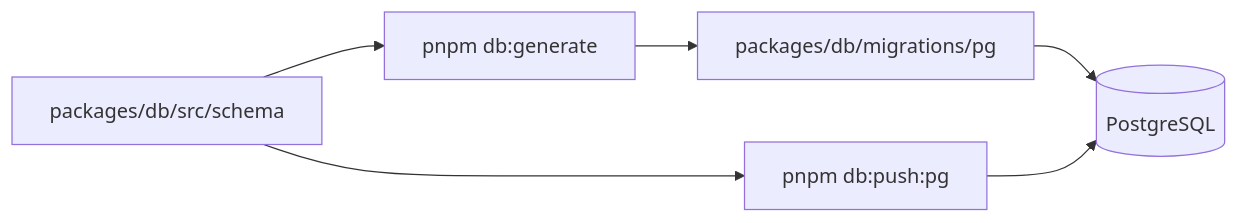
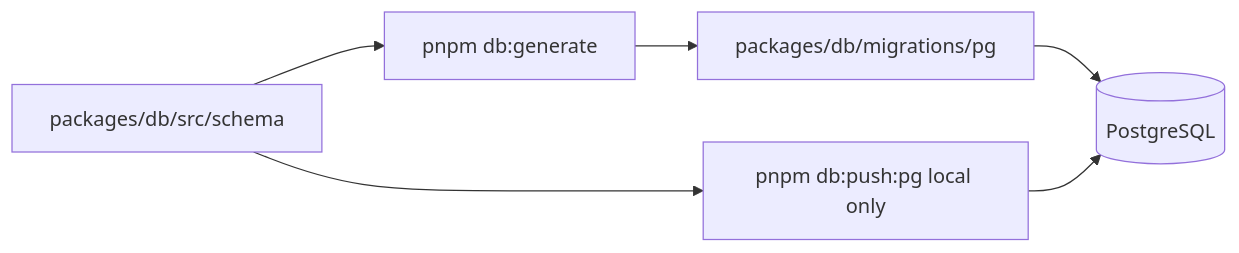
Before and after one commit to cnodejs/cnode-next: the second of 2 diagrams in docs/database.md, drawn with Mermaid. The commit also changed other lines of this file and 87 other files, not shown here.

````diff
--- a/docs/database.md
+++ b/docs/database.md
@@ -45,8 +45,8 @@
 ```mermaid
 flowchart LR
   Schema[packages/db/src/schema] --> Generate[pnpm db:generate]
   Generate --> Files[packages/db/migrations/pg]
-  Schema --> Push[pnpm db:push:pg]
+  Schema --> Push[pnpm db:push:pg local only]
   Files --> Pg[(PostgreSQL)]
   Push --> Pg
 ```
````
